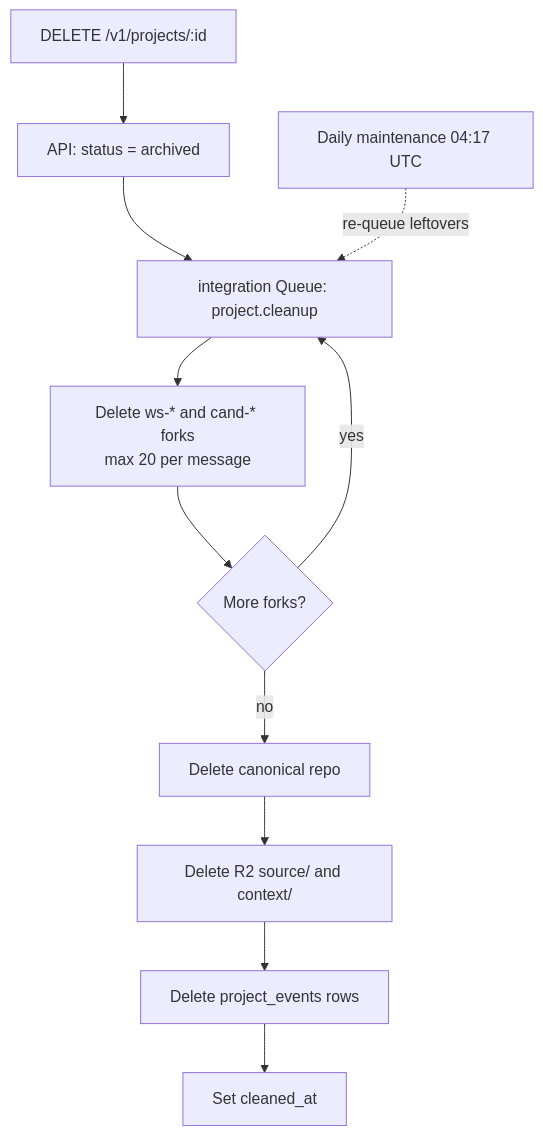
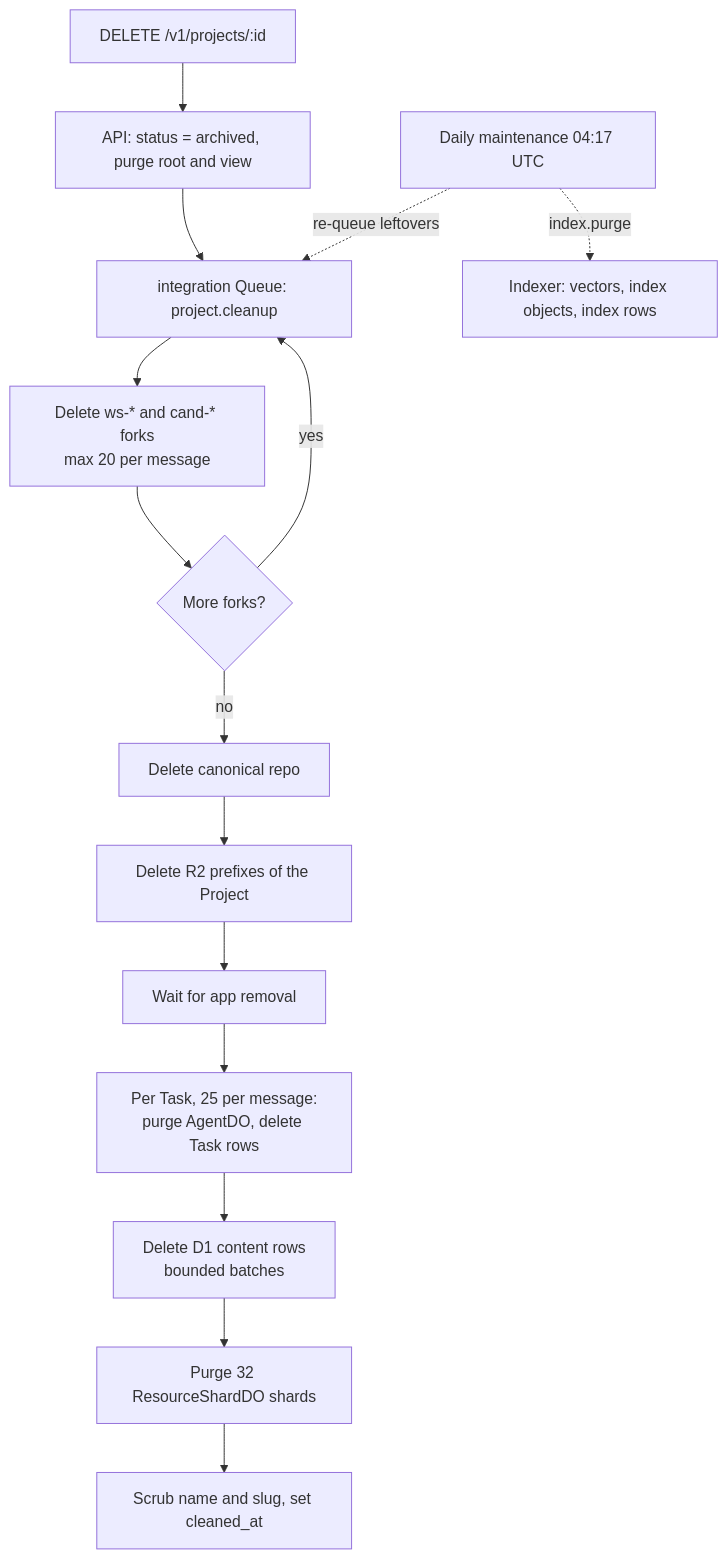
One commit to nsudhanva/rhumbatron changed the diagram in docs/operations/cleanup.md. Above: the diagram before and after it, drawn with Mermaid. The commit also changed other lines of this file and 14 other files, not shown here.

Commit message:
feat(integration): delete every Project resource on archive cleanup

````diff
--- a/docs/operations/cleanup.md
+++ b/docs/operations/cleanup.md
@@ -42,13 +42,17 @@
 ```mermaid
 flowchart TB
-  del[DELETE /v1/projects/:id] --> arch[API: status = archived]
+  del[DELETE /v1/projects/:id] --> arch[API: status = archived, purge root and view]
   arch --> q[integration Queue: project.cleanup]
   q --> f[Delete ws-* and cand-* forks<br/>max 20 per message]
   f --> more{More forks?}
   more -->|yes| q
   more -->|no| canon[Delete canonical repo]
-  canon --> r2[Delete R2 source/ and context/]
-  r2 --> feed[Delete project_events rows]
-  feed --> done[Set cleaned_at]
+  canon --> r2[Delete R2 prefixes of the Project]
+  r2 --> apps[Wait for app removal]
+  apps --> tasks[Per Task, 25 per message:<br/>purge AgentDO, delete Task rows]
+  tasks --> d1[Delete D1 content rows<br/>bounded batches]
+  d1 --> shards[Purge 32 ResourceShardDO shards]
+  shards --> done[Scrub name and slug, set cleaned_at]
   cron[Daily maintenance 04:17 UTC] -.->|re-queue leftovers| q
+  cron -.->|index.purge| idx[Indexer: vectors, index objects, index rows]
 ```
````
